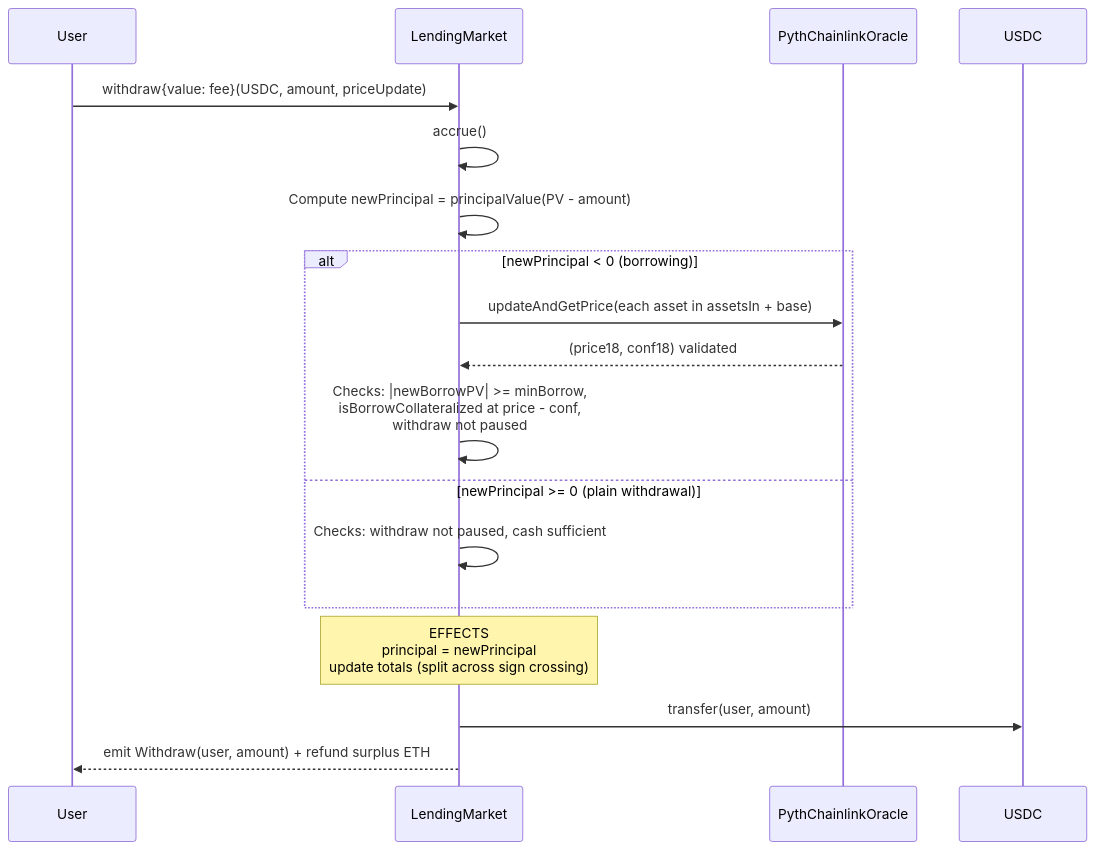
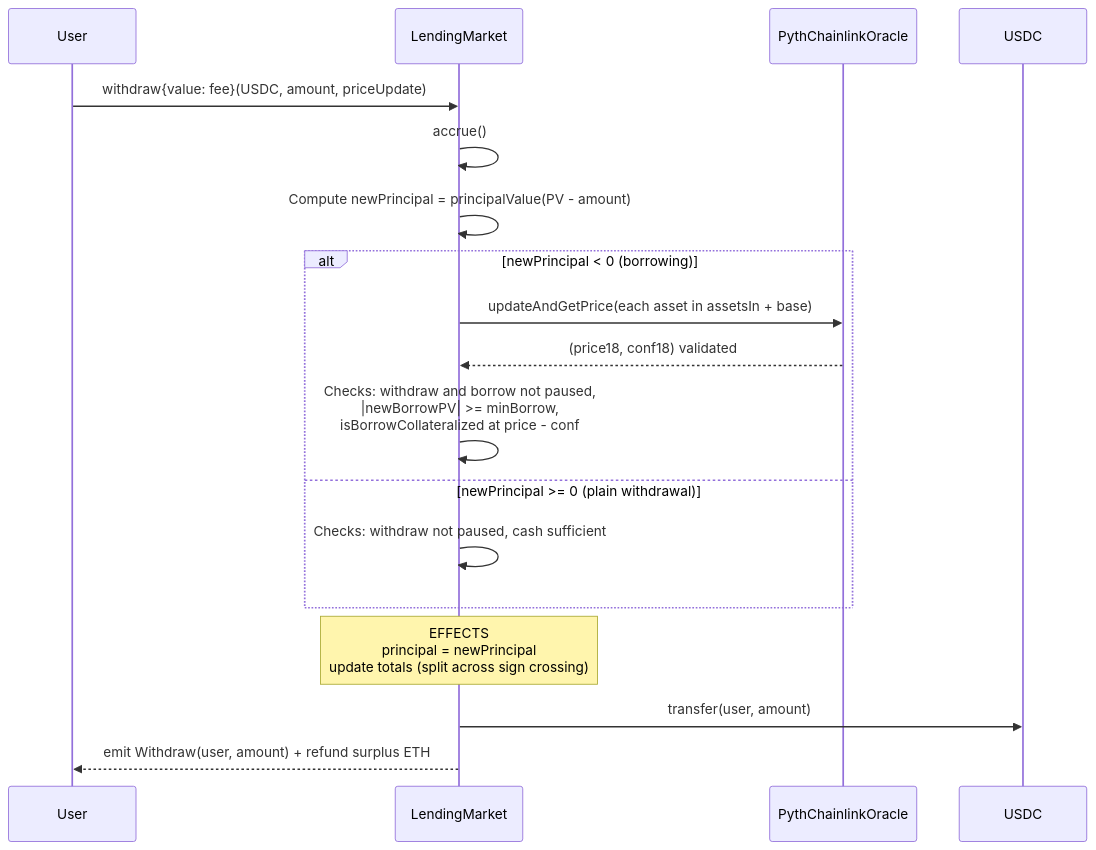
Before and after one commit to GushALKDev/evm-lending-borrowing-protocol: the fourth of 6 diagrams in docs/03-architecture.md, drawn with Mermaid. The commit also changed other lines of this file and 14 other files, not shown here.

````diff
--- a/docs/03-architecture.md
+++ b/docs/03-architecture.md
@@ -399,21 +399,21 @@
 ```mermaid
 sequenceDiagram
     participant User
     participant Market as LendingMarket
     participant Oracle as PythChainlinkOracle
     participant USDC
 
     User->>Market: withdraw{value: fee}(USDC, amount, priceUpdate)
     Market->>Market: accrue()
     Market->>Market: Compute newPrincipal = principalValue(PV - amount)
     alt newPrincipal < 0 (borrowing)
         Market->>Oracle: updateAndGetPrice(each asset in assetsIn + base)
         Oracle-->>Market: (price18, conf18) validated
-        Market->>Market: Checks: |newBorrowPV| >= minBorrow,<br/>isBorrowCollateralized at price - conf,<br/>withdraw not paused
+        Market->>Market: Checks: withdraw and borrow not paused,<br/>|newBorrowPV| >= minBorrow,<br/>isBorrowCollateralized at price - conf
     else newPrincipal >= 0 (plain withdrawal)
         Market->>Market: Checks: withdraw not paused, cash sufficient
     end
     Note over Market: EFFECTS<br/>principal = newPrincipal<br/>update totals (split across sign crossing)
     Market->>USDC: transfer(user, amount)
     Market-->>User: emit Withdraw(user, amount) + refund surplus ETH
 ```
````
